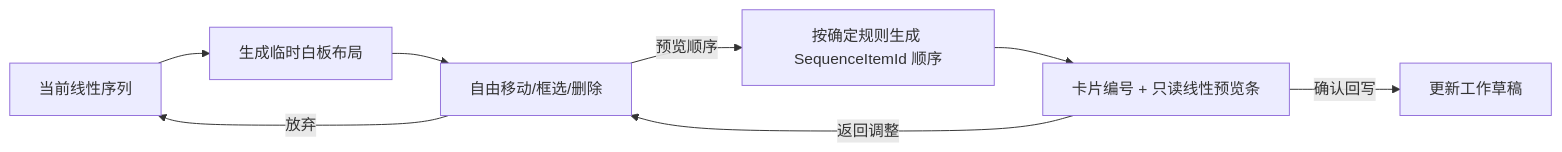
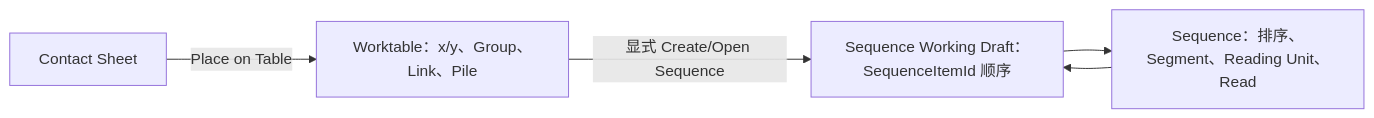
One commit to maadjdot/Photoflex changed the sixth of 7 diagrams in MVP_Sequence/photoflex-MVP/docs/PhotoFlex MVP 系统架构方案.md. Above: the diagram before and after it, drawn with Mermaid. The commit also changed other lines of this file and 58 other files, not shown here.

Commit message:
Implement PhotoFlex worktable and sequence workflows

````diff
--- a/MVP_Sequence/photoflex-MVP/docs/PhotoFlex MVP 系统架构方案.md
+++ b/MVP_Sequence/photoflex-MVP/docs/PhotoFlex MVP 系统架构方案.md
@@ -174,10 +177,7 @@
 ```mermaid
 flowchart LR
-    Seq[当前线性序列] --> Open[生成临时白板布局]
-    Open --> Arrange[自由移动/框选/删除]
-    Arrange -->|放弃| Seq
-    Arrange -->|预览顺序| Derive[按确定规则生成 SequenceItemId 顺序]
-    Derive --> Preview[卡片编号 + 只读线性预览条]
-    Preview -->|返回调整| Arrange
-    Preview -->|确认回写| Draft[更新工作草稿]
+    CS[Contact Sheet] -->|Place on Table| Table[Worktable：x/y、Group、Link、Pile]
+    Table -->|显式 Create/Open Sequence| Draft[Sequence Working Draft：SequenceItemId 顺序]
+    Draft --> Edit[Sequence：排序、Segment、Reading Unit、Read]
+    Edit --> Draft
 ```
````
